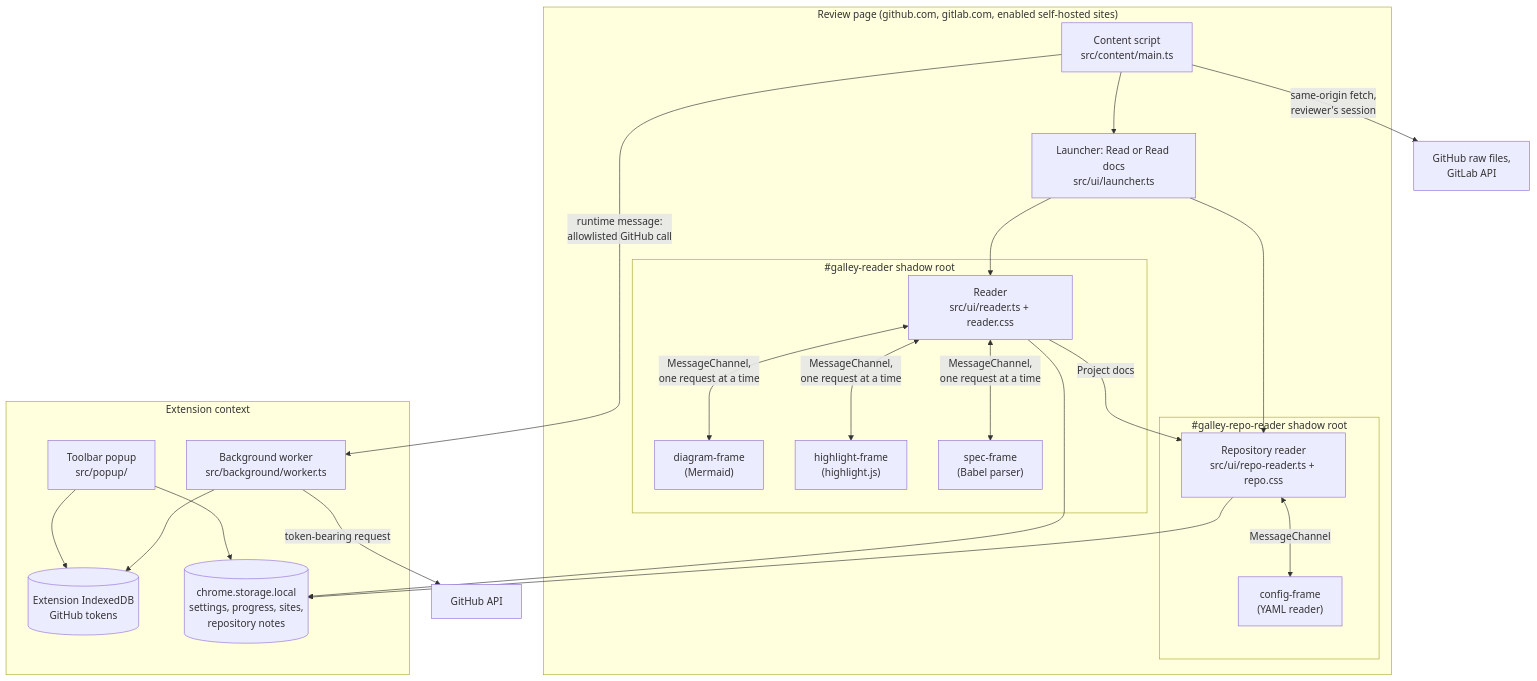
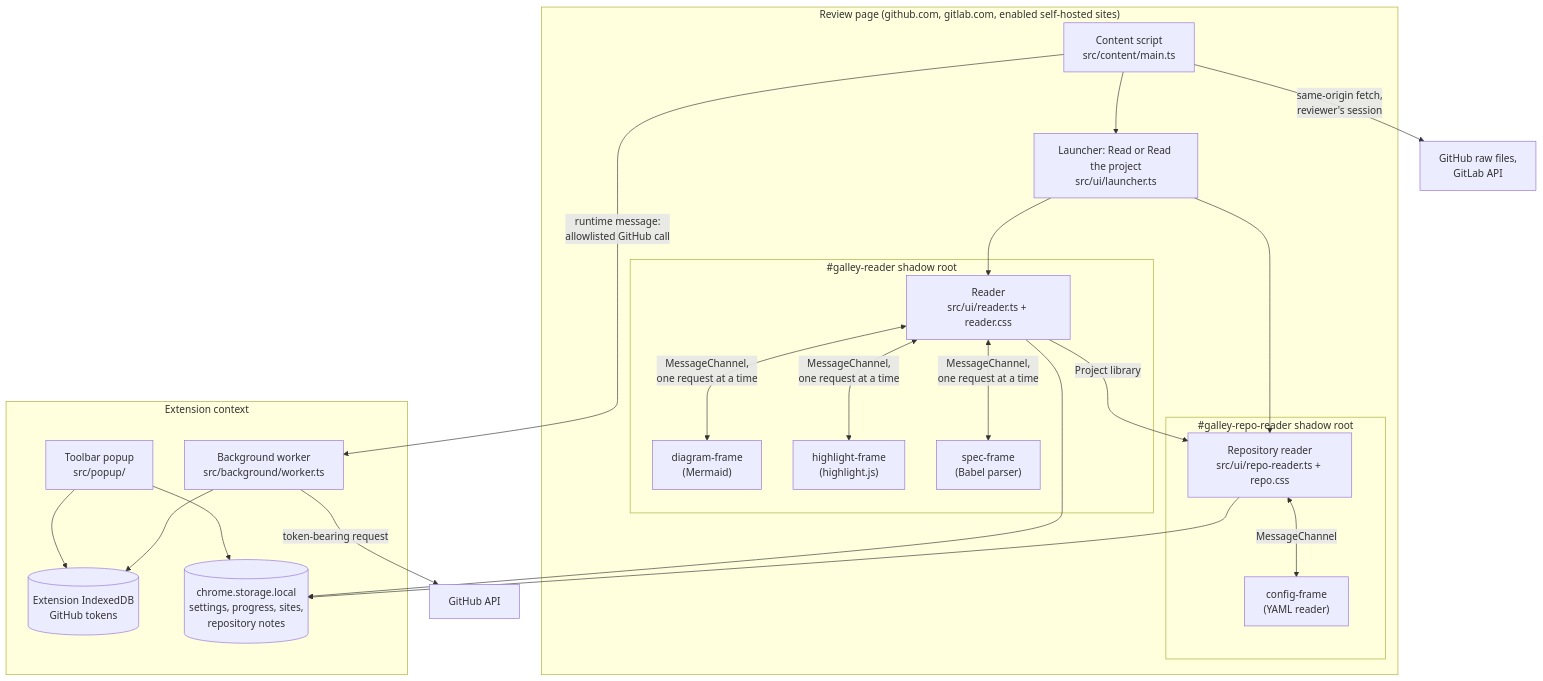
One commit to m9rc1n/galley changed the second of 5 diagrams in docs/architecture/README.md. Above: the diagram before and after it, drawn with Mermaid. The commit also changed other lines of this file and 50 other files, not shown here.

Commit message:
feat(reader): add shared project library layouts

````diff
--- a/docs/architecture/README.md
+++ b/docs/architecture/README.md
@@ -31,36 +31,36 @@
 ```mermaid
 flowchart TB
   subgraph Page["Review page (github.com, gitlab.com, enabled self-hosted sites)"]
     CS["Content script<br/>src/content/main.ts"]
-    L["Launcher: Read or Read docs<br/>src/ui/launcher.ts"]
+    L["Launcher: Read or Read the project<br/>src/ui/launcher.ts"]
     subgraph Shadow["#galley-reader shadow root"]
       RD["Reader<br/>src/ui/reader.ts + reader.css"]
       DF["diagram-frame<br/>(Mermaid)"]
       HF["highlight-frame<br/>(highlight.js)"]
       SF["spec-frame<br/>(Babel parser)"]
     end
     subgraph RepoShadow["#galley-repo-reader shadow root"]
       RR["Repository reader<br/>src/ui/repo-reader.ts + repo.css"]
       CF["config-frame<br/>(YAML reader)"]
     end
   end
   subgraph Ext["Extension context"]
     W["Background worker<br/>src/background/worker.ts"]
     PU["Toolbar popup<br/>src/popup/"]
     DB[("Extension IndexedDB<br/>GitHub tokens")]
     ST[("chrome.storage.local<br/>settings, progress, sites,<br/>repository notes")]
   end
   CS --> L --> RD
   L --> RR
-  RD -- "Project docs" --> RR
+  RD -- "Project library" --> RR
   RD <-- "MessageChannel,<br/>one request at a time" --> DF & HF & SF
   RR <-- "MessageChannel" --> CF
   RR --> ST
   CS -- "runtime message:<br/>allowlisted GitHub call" --> W
   W --> DB
   PU --> DB
   PU --> ST
   RD --> ST
   W -- "token-bearing request" --> GH["GitHub API"]
   CS -- "same-origin fetch,<br/>reviewer's session" --> PL["GitHub raw files,<br/>GitLab API"]
 ```
````
